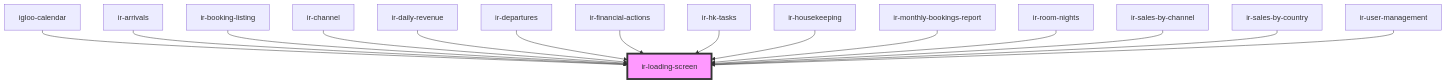
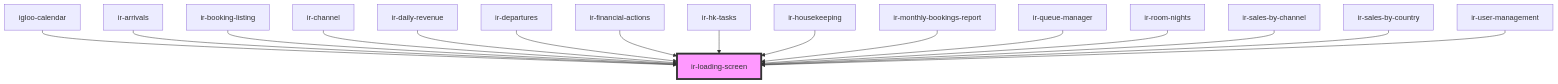
One commit to RonyRizk/ir-webcmp changed the diagram in src/components/ir-loading-screen/readme.md. Above: the diagram before and after it, drawn with Mermaid. The commit also changed other lines of this file and 98 other files, not shown here.

````diff
--- a/src/components/ir-loading-screen/readme.md
+++ b/src/components/ir-loading-screen/readme.md
@@ -35,18 +36,19 @@
 ```mermaid
 graph TD;
   igloo-calendar --> ir-loading-screen
   ir-arrivals --> ir-loading-screen
   ir-booking-listing --> ir-loading-screen
   ir-channel --> ir-loading-screen
   ir-daily-revenue --> ir-loading-screen
   ir-departures --> ir-loading-screen
   ir-financial-actions --> ir-loading-screen
   ir-hk-tasks --> ir-loading-screen
   ir-housekeeping --> ir-loading-screen
   ir-monthly-bookings-report --> ir-loading-screen
+  ir-queue-manager --> ir-loading-screen
   ir-room-nights --> ir-loading-screen
   ir-sales-by-channel --> ir-loading-screen
   ir-sales-by-country --> ir-loading-screen
   ir-user-management --> ir-loading-screen
   style ir-loading-screen fill:#f9f,stroke:#333,stroke-width:4px
 ```
````
